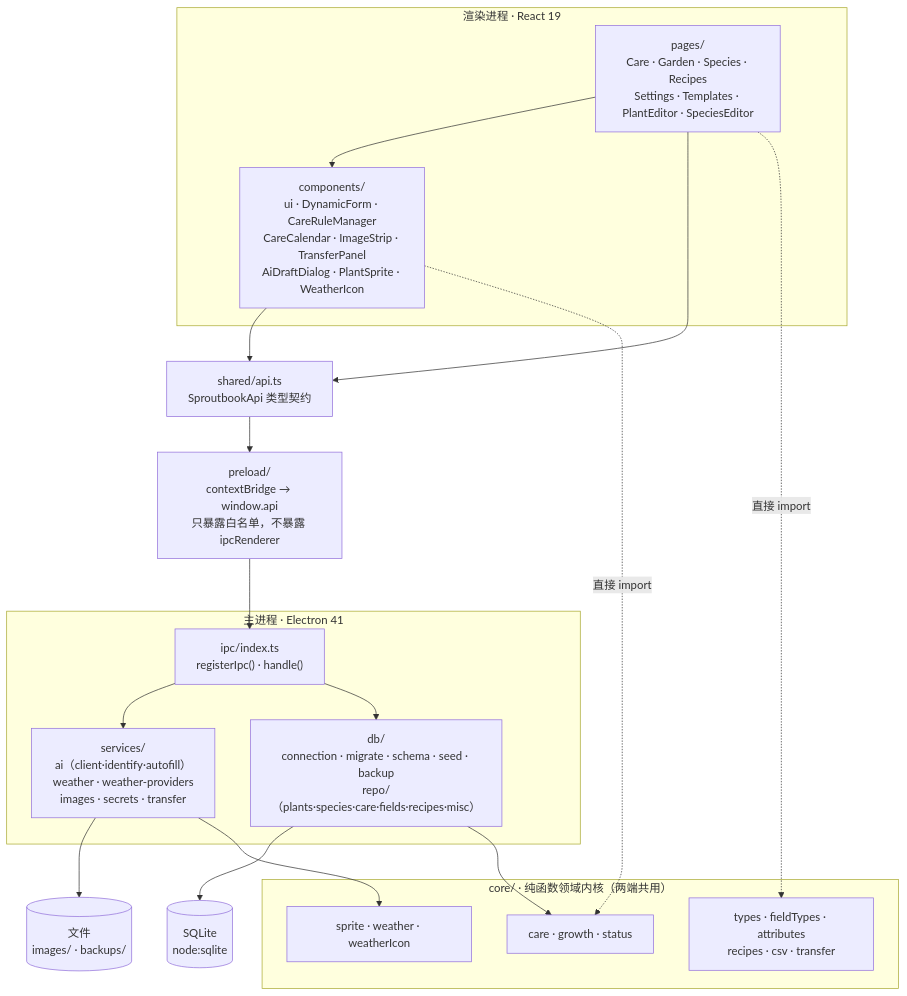
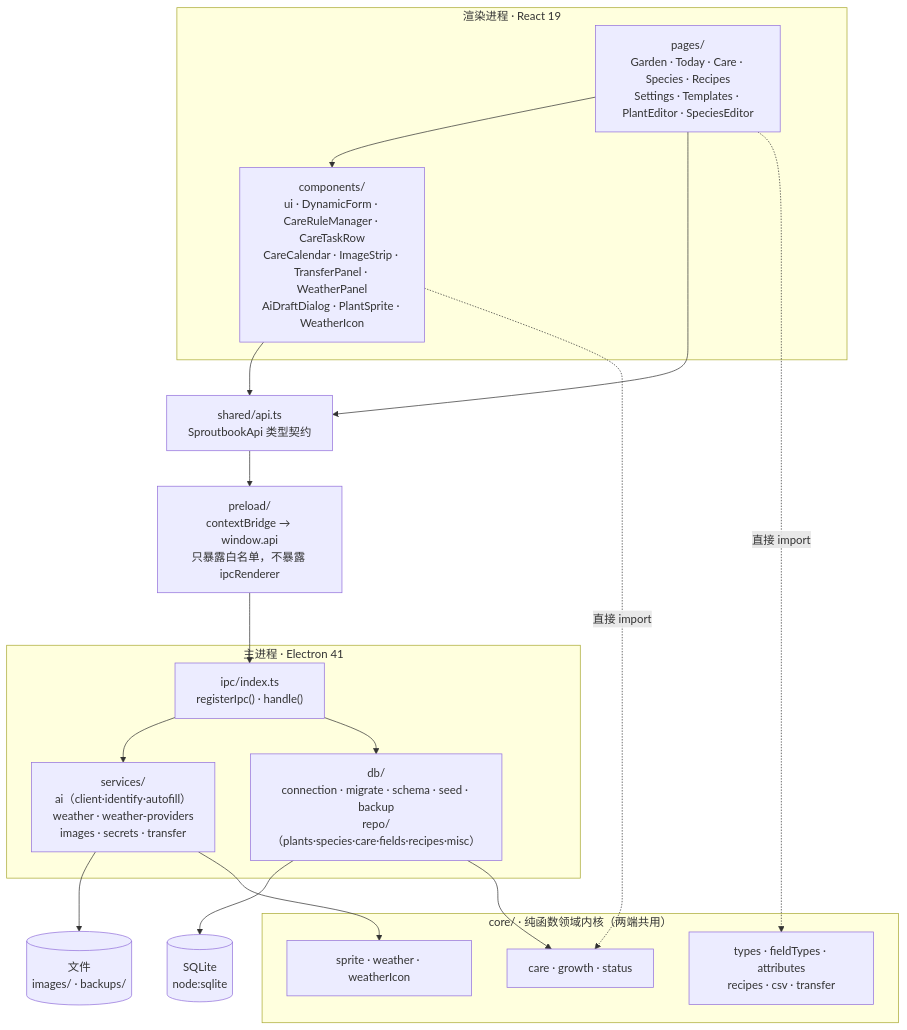
The first of 5 diagrams in docs/ARCHITECTURE.md (erha2777/sproutbook), drawn with Mermaid before and after one commit. The commit also changed other lines of this file and 8 other files, not shown here.

````diff
--- a/docs/ARCHITECTURE.md
+++ b/docs/ARCHITECTURE.md
@@ -25,39 +25,39 @@
 ```mermaid
 flowchart TB
     subgraph R["渲染进程 · React 19"]
-        PAGES["pages/<br/>Care · Garden · Species · Recipes<br/>Settings · Templates · PlantEditor · SpeciesEditor"]
-        COMP["components/<br/>ui · DynamicForm · CareRuleManager<br/>CareCalendar · ImageStrip · TransferPanel<br/>AiDraftDialog · PlantSprite · WeatherIcon"]
+        PAGES["pages/<br/>Garden · Today · Care · Species · Recipes<br/>Settings · Templates · PlantEditor · SpeciesEditor"]
+        COMP["components/<br/>ui · DynamicForm · CareRuleManager · CareTaskRow<br/>CareCalendar · ImageStrip · TransferPanel · WeatherPanel<br/>AiDraftDialog · PlantSprite · WeatherIcon"]
     end
 
     API["shared/api.ts<br/>SproutbookApi 类型契约"]
     PRE["preload/<br/>contextBridge → window.api<br/>只暴露白名单，不暴露 ipcRenderer"]
 
     subgraph M["主进程 · Electron 41"]
         IPC["ipc/index.ts<br/>registerIpc() · handle()"]
         SVC["services/<br/>ai（client·identify·autofill）<br/>weather · weather-providers<br/>images · secrets · transfer"]
         DB["db/<br/>connection · migrate · schema · seed · backup<br/>repo/（plants·species·care·fields·recipes·misc）"]
     end
 
     subgraph CORE["core/ · 纯函数领域内核（两端共用）"]
         C1["care · growth · status"]
         C2["sprite · weather · weatherIcon"]
         C3["types · fieldTypes · attributes<br/>recipes · csv · transfer"]
     end
 
     SQL[("SQLite<br/>node:sqlite")]
     FS[("文件<br/>images/ · backups/")]
 
     PAGES --> COMP
     COMP --> API
     PAGES --> API
     API --> PRE
     PRE --> IPC
     IPC --> SVC
     IPC --> DB
     DB --> SQL
     SVC --> FS
     PAGES -.直接 import.-> C3
     COMP -.直接 import.-> C1
     DB --> C1
     SVC --> C2
 ```
````
